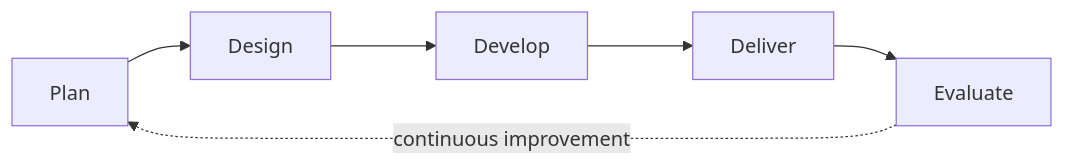
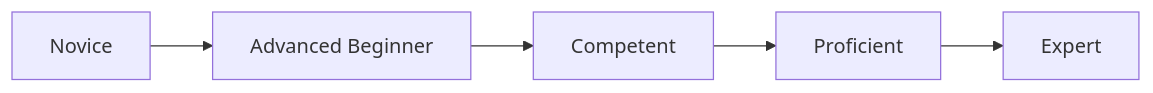
Before and after one commit to elixir-europe-training/ELIXIR-TrP-GOBLET-Train-the-Trainer: the second of 4 diagrams in pages/session_1.md, drawn with Mermaid. The commit also changed other lines of this file and 2 other files, not shown here.

````diff
--- a/pages/session_1.md
+++ b/pages/session_1.md
@@ -82,4 +637,4 @@
 ```mermaid
 flowchart LR
-    P[Plan] --> D[Design] --> DV[Develop] --> DL[Deliver] --> E[Evaluate] -.continuous improvement.-> P
+    N[Novice] --> AB[Advanced Beginner] --> C[Competent] --> P[Proficient] --> E[Expert]
 ```
````
